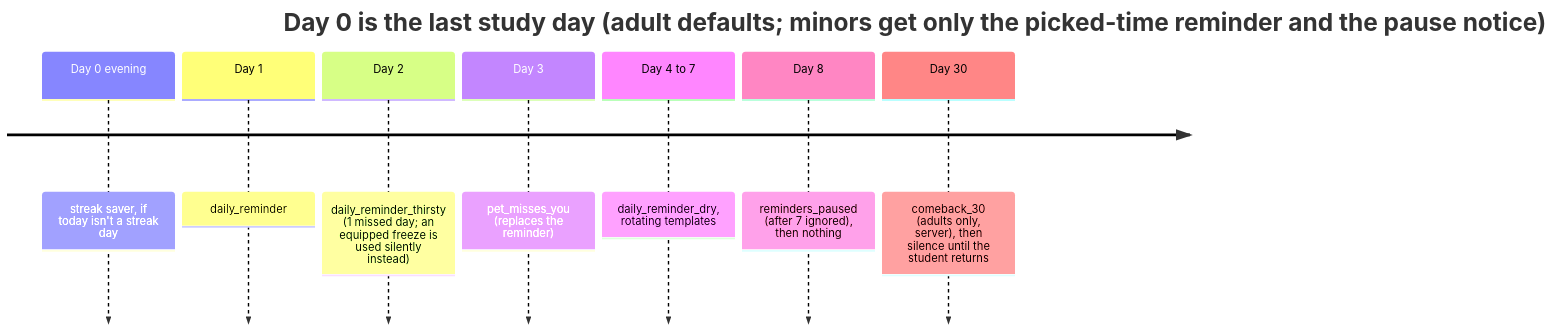
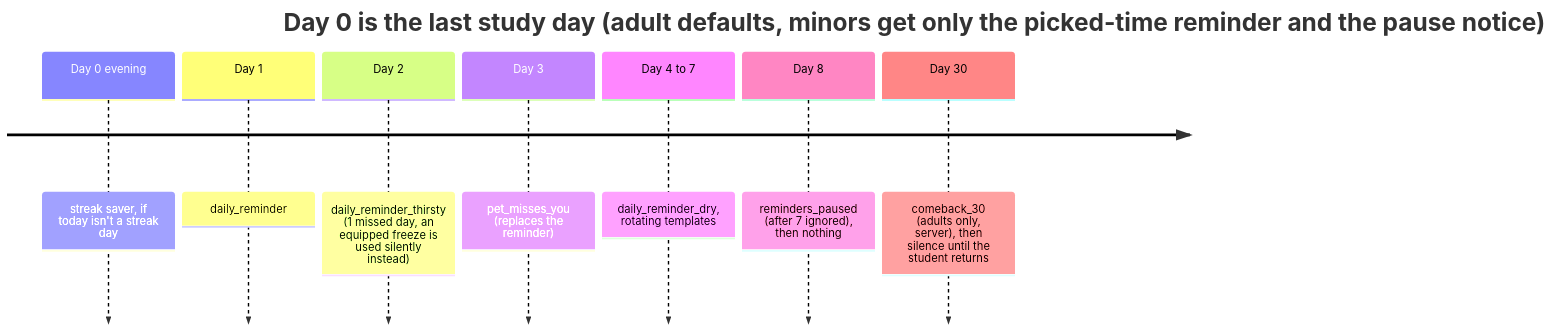
Before and after one commit to saksham1991999/smriti: diagram 13 of 14 in docs/flows/me-money.md, drawn with Mermaid. The commit also changed other lines of this file and 19 other files, not shown here.

````diff
--- a/docs/flows/me-money.md
+++ b/docs/flows/me-money.md
@@ -848,11 +850,11 @@
 ```mermaid
 timeline
-  title Day 0 is the last study day (adult defaults; minors get only the picked-time reminder and the pause notice)
+  title Day 0 is the last study day (adult defaults, minors get only the picked-time reminder and the pause notice)
   Day 0 evening : streak saver, if today isn't a streak day
   Day 1 : daily_reminder
-  Day 2 : daily_reminder_thirsty (1 missed day; an equipped freeze is used silently instead)
+  Day 2 : daily_reminder_thirsty (1 missed day, an equipped freeze is used silently instead)
   Day 3 : pet_misses_you (replaces the reminder)
   Day 4 to 7 : daily_reminder_dry, rotating templates
   Day 8 : reminders_paused (after 7 ignored), then nothing
   Day 30 : comeback_30 (adults only, server), then silence until the student returns
 ```
````
